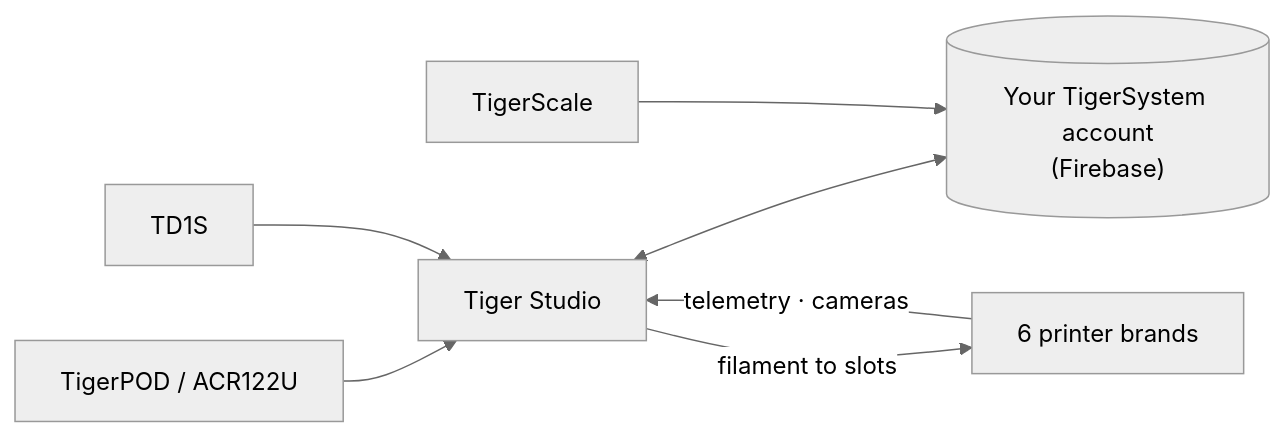
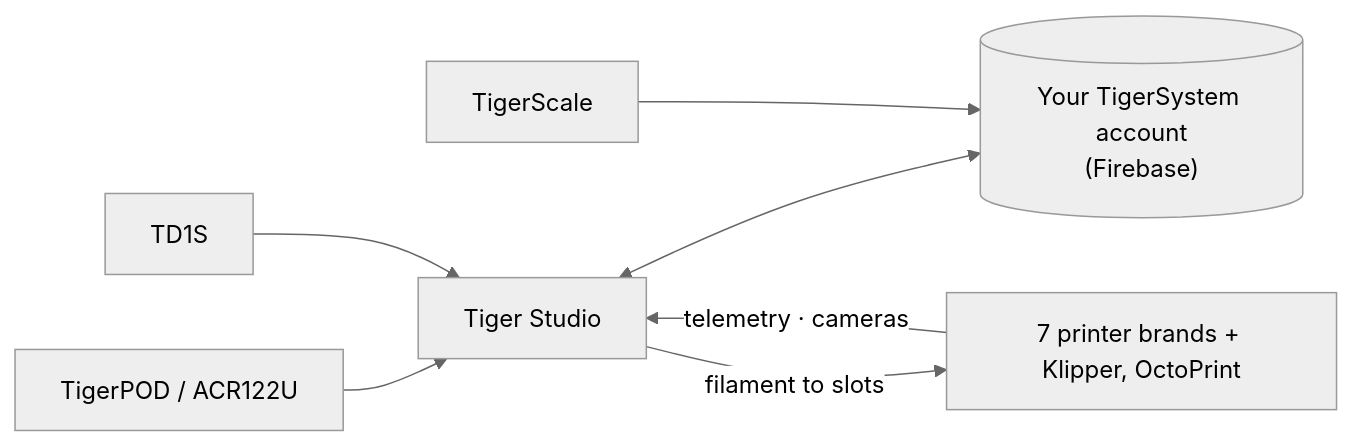
Before and after one commit to TigerTag-Project/TigerSystem-Docs: the diagram in docs/products/tiger-studio.md, drawn with Mermaid (neutral theme). The commit also changed other lines of this file and 87 other files, not shown here.

Commit message:
Printer counts: seven brands plus Klipper and OctoPrint, ten factory partners

````diff
--- a/docs/products/tiger-studio.md
+++ b/docs/products/tiger-studio.md
@@ -29,9 +29,9 @@
 ```mermaid
 flowchart LR
   RD["TigerPOD / ACR122U"] --> ST["Tiger Studio"]
   TD["TD1S"] --> ST
   ST <--> CLOUD[("Your TigerSystem account<br/>(Firebase)")]
   SCALE["TigerScale"] --> CLOUD
-  ST -- "filament to slots" --> PRN["6 printer brands"]
+  ST -- "filament to slots" --> PRN["7 printer brands + Klipper, OctoPrint"]
   PRN -- "telemetry · cameras" --> ST
 ```
````
